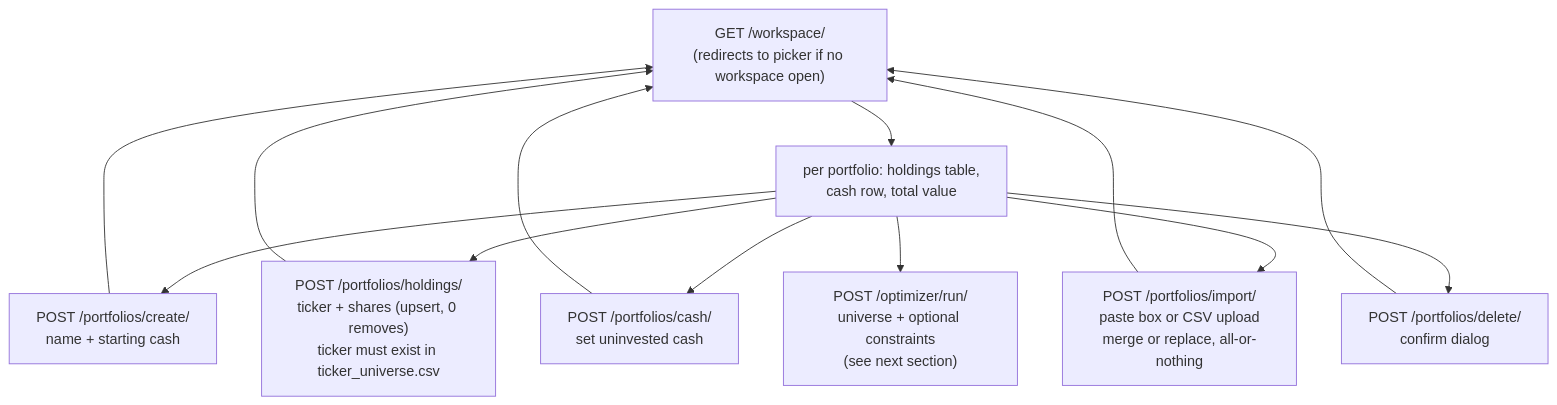
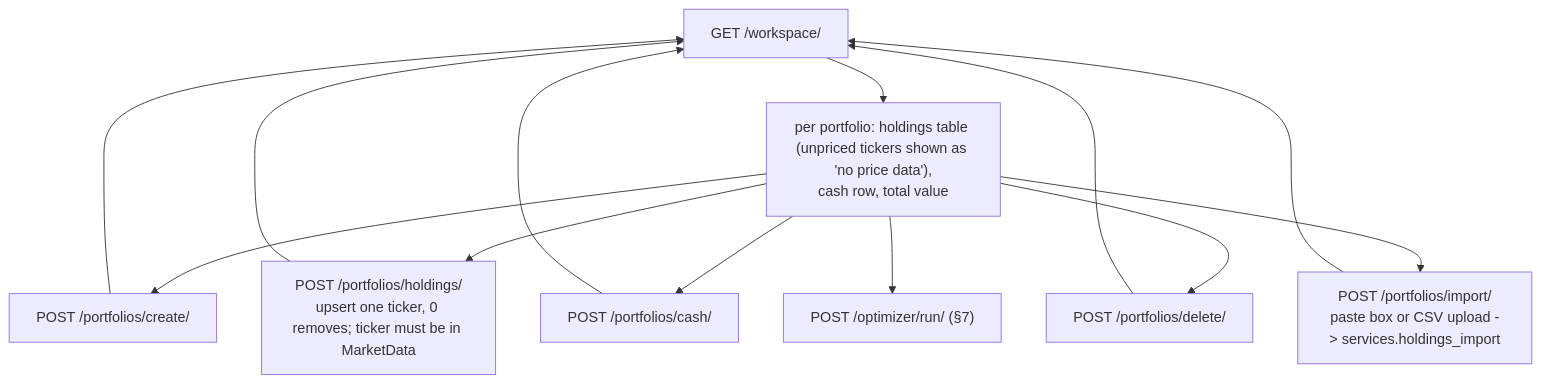
The fourth of 9 diagrams in ARCHITECTURE.md (rramboer/WolvWealth), drawn with Mermaid before and after one commit. The commit also changed other lines of this file and 68 other files, not shown here.

````diff
--- a/ARCHITECTURE.md
+++ b/ARCHITECTURE.md
@@ -177,15 +169,11 @@
 ```mermaid
 flowchart TD
-    WS["GET /workspace/<br/>(redirects to picker if no workspace open)"] --> CARD["per portfolio: holdings table,<br/>cash row, total value"]
-    CARD --> F1["POST /portfolios/create/<br/>name + starting cash"]
-    CARD --> F2["POST /portfolios/holdings/<br/>ticker + shares (upsert, 0 removes)<br/>ticker must exist in ticker_universe.csv"]
-    CARD --> F3["POST /portfolios/cash/<br/>set uninvested cash"]
-    CARD --> F6["POST /portfolios/import/<br/>paste box or CSV upload<br/>merge or replace, all-or-nothing"]
-    CARD --> F4["POST /portfolios/delete/<br/>confirm dialog"]
-    CARD --> F5["POST /optimizer/run/<br/>universe + optional constraints<br/>(see next section)"]
-    F1 --> WS
-    F2 --> WS
-    F3 --> WS
-    F4 --> WS
-    F6 --> WS
+    WS["GET /workspace/"] --> CARD["per portfolio: holdings table (unpriced tickers shown as 'no price data'),<br/>cash row, total value"]
+    CARD --> F1["POST /portfolios/create/"]
+    CARD --> F2["POST /portfolios/holdings/<br/>upsert one ticker, 0 removes; ticker must be in MarketData"]
+    CARD --> F3["POST /portfolios/cash/"]
+    CARD --> F4["POST /portfolios/delete/"]
+    CARD --> F6["POST /portfolios/import/<br/>paste box or CSV upload -> services.holdings_import"]
+    CARD --> F5["POST /optimizer/run/ (§7)"]
+    F1 & F2 & F3 & F4 & F6 --> WS
 ```
````
